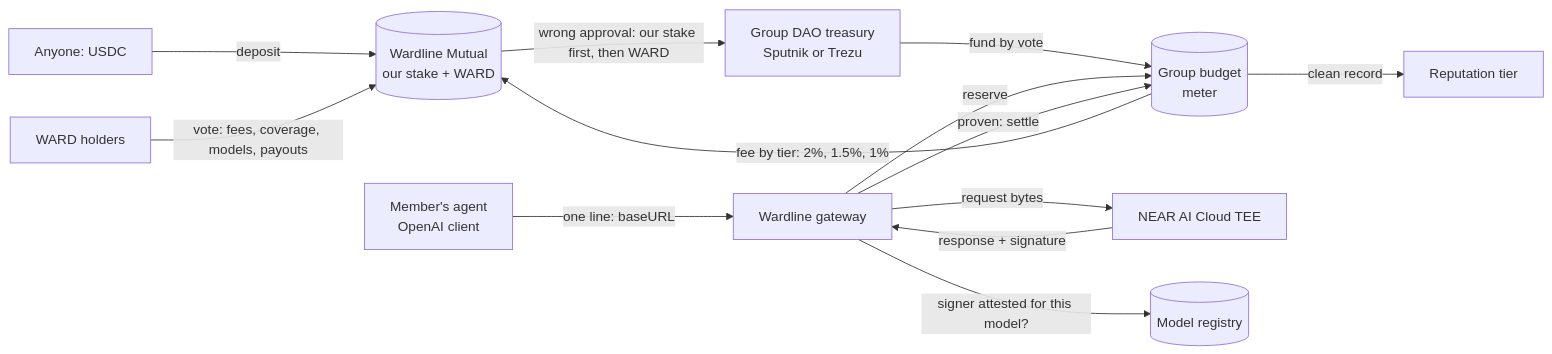
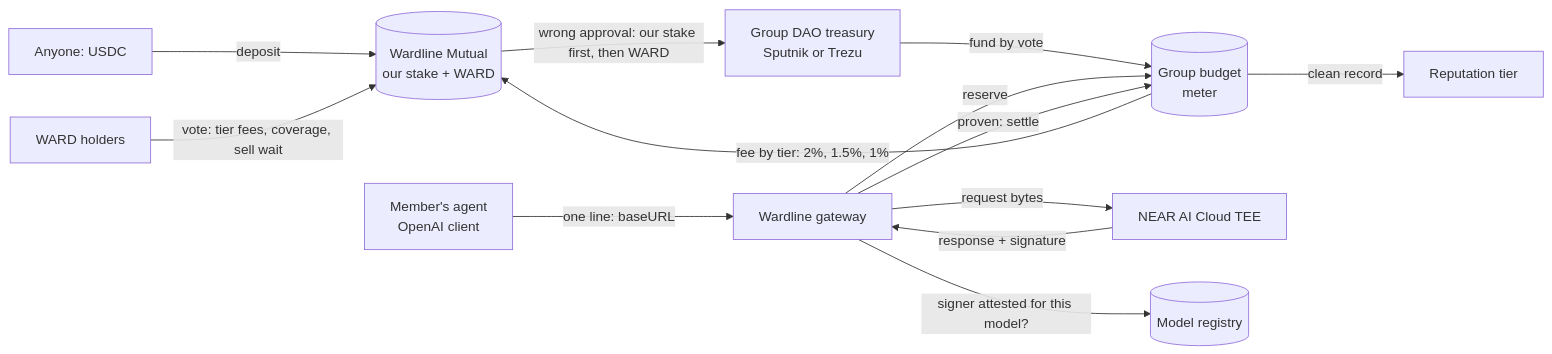
One commit to alphabyalex/Near-Hackathon_2026 changed the diagram in README.md. Above: the diagram before and after it, drawn with Mermaid. The commit also changed other lines of this file, not shown here.

````diff
--- a/README.md
+++ b/README.md
@@ -303,15 +342,15 @@
 ```mermaid
 flowchart LR
     LP[Anyone: USDC] -->|deposit| M[(Wardline Mutual<br/>our stake + WARD)]
     DAO[Group DAO treasury<br/>Sputnik or Trezu] -->|fund by vote| B[(Group budget<br/>meter)]
     A[Member's agent<br/>OpenAI client] -->|one line: baseURL| G[Wardline gateway]
     G -->|reserve| B
     G -->|request bytes| N[NEAR AI Cloud TEE]
     N -->|response + signature| G
     G -->|signer attested for this model?| R[(Model registry)]
     G -->|proven: settle| B
     B -->|fee by tier: 2%, 1.5%, 1%| M
     B -->|clean record| T[Reputation tier]
-    W[WARD holders] -->|vote: fees, coverage, models, payouts| M
+    W[WARD holders] -->|vote: tier fees, coverage, sell wait| M
     M -->|wrong approval: our stake first, then WARD| DAO
 ```
````
